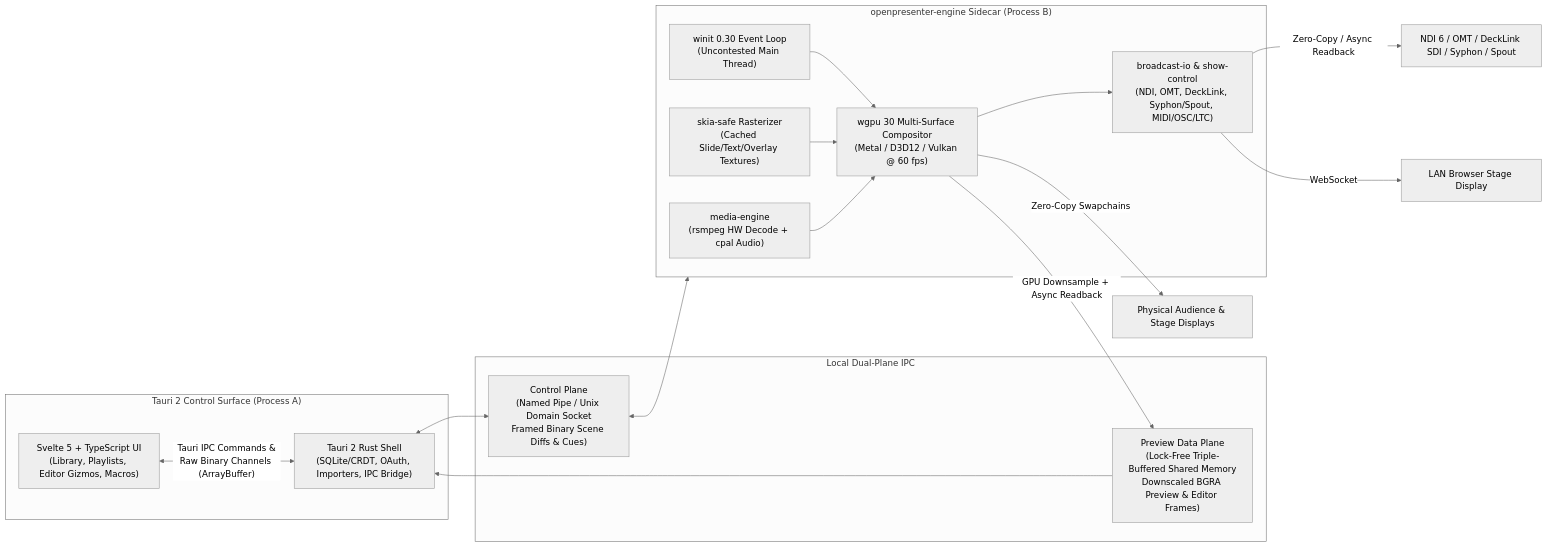
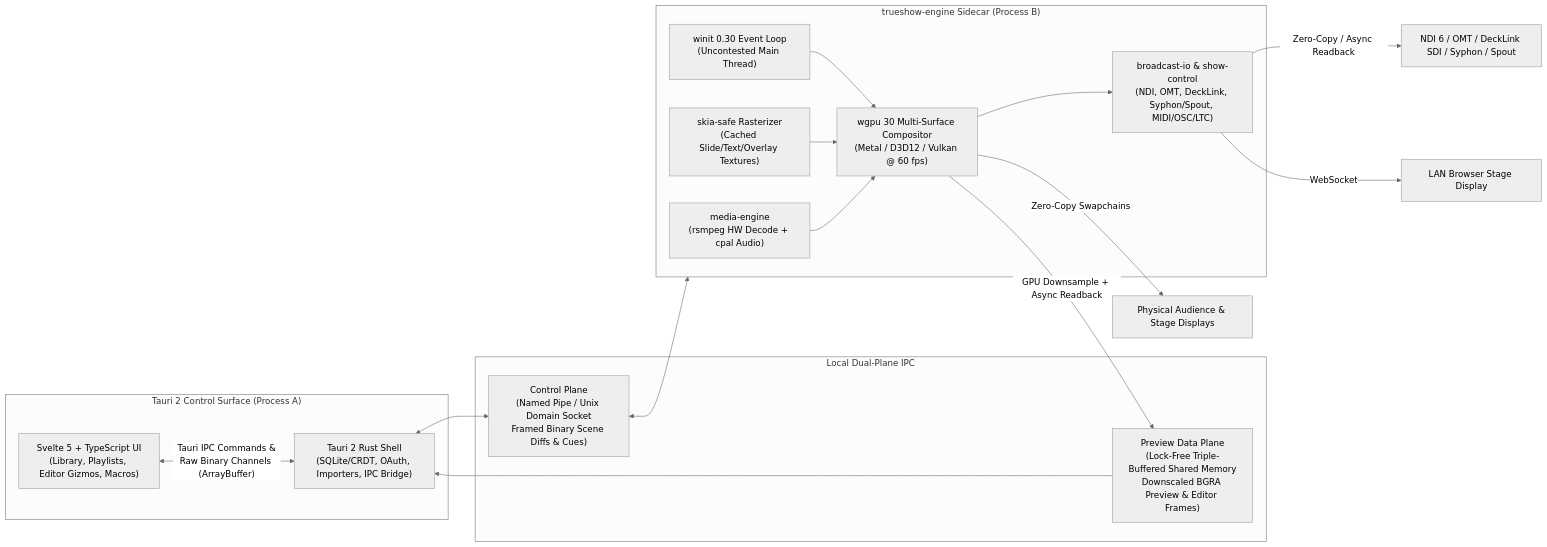
One commit to DevinSanders/trueshow changed the diagram in docs/architecture/01-architecture-decision-record.md. Above: the diagram before and after it, drawn with Mermaid (neutral theme). The commit also changed other lines of this file and 87 other files, not shown here.

````diff
--- a/docs/architecture/01-architecture-decision-record.md
+++ b/docs/architecture/01-architecture-decision-record.md
@@ -27,32 +27,32 @@
 ```mermaid
 flowchart LR
     subgraph UI["Tauri 2 Control Surface (Process A)"]
         Svelte["Svelte 5 + TypeScript UI<br/>(Library, Playlists, Editor Gizmos, Macros)"]
         TauriRust["Tauri 2 Rust Shell<br/>(SQLite/CRDT, OAuth, Importers, IPC Bridge)"]
         Svelte <-->|"Tauri IPC Commands &<br/>Raw Binary Channels (ArrayBuffer)"| TauriRust
     end
 
     subgraph IPC["Local Dual-Plane IPC"]
         Pipe["Control Plane<br/>(Named Pipe / Unix Domain Socket<br/>Framed Binary Scene Diffs & Cues)"]
         Shm["Preview Data Plane<br/>(Lock-Free Triple-Buffered Shared Memory<br/>Downscaled BGRA Preview & Editor Frames)"]
     end
 
-    subgraph Engine["openpresenter-engine Sidecar (Process B)"]
+    subgraph Engine["trueshow-engine Sidecar (Process B)"]
         Winit["winit 0.30 Event Loop<br/>(Uncontested Main Thread)"]
         Compositor["wgpu 30 Multi-Surface Compositor<br/>(Metal / D3D12 / Vulkan @ 60 fps)"]
         Skia["skia-safe Rasterizer<br/>(Cached Slide/Text/Overlay Textures)"]
         Media["media-engine<br/>(rsmpeg HW Decode + cpal Audio)"]
         IO["broadcast-io & show-control<br/>(NDI, OMT, DeckLink, Syphon/Spout, MIDI/OSC/LTC)"]
         Winit --> Compositor
         Skia --> Compositor
         Media --> Compositor
         Compositor --> IO
     end
 
     TauriRust <--> Pipe <--> Engine
     Compositor -->|"GPU Downsample + Async Readback"| Shm --> TauriRust
 
     Compositor -->|"Zero-Copy Swapchains"| Screens["Physical Audience & Stage Displays"]
     IO -->|"Zero-Copy / Async Readback"| Broadcast["NDI 6 / OMT / DeckLink SDI / Syphon / Spout"]
     IO -->|"WebSocket"| WebStage["LAN Browser Stage Display"]
 ```
````
